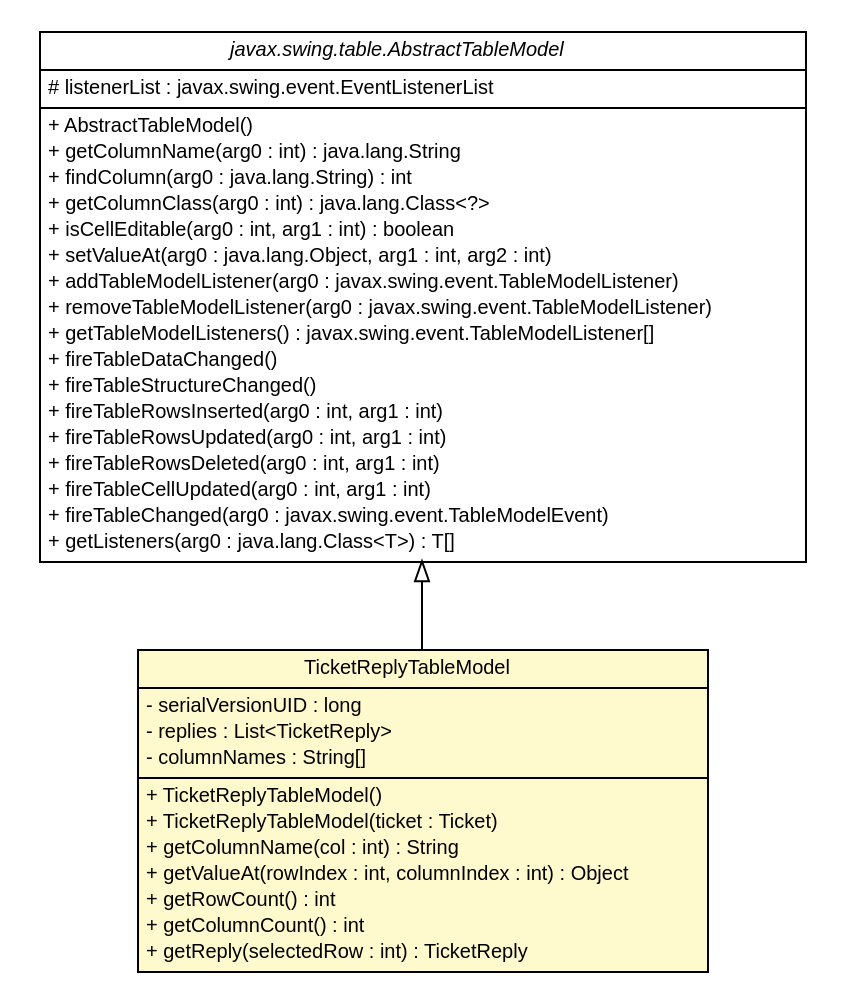
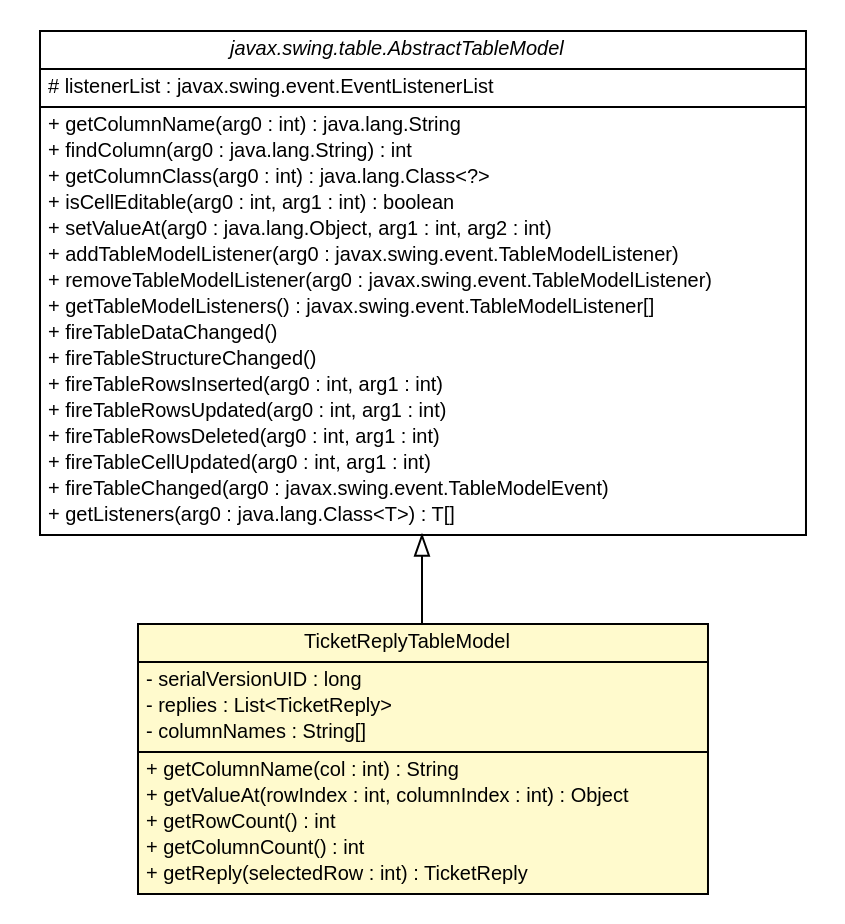
Before and after one commit to Dr4K4n/TroubleTicketManagement: the diagram in doc/de/articmodding/TroubleTicket/TicketReplyTableModel.dot, drawn with Graphviz. The commit also changed 58 other files, not shown here.

```diff
--- a/doc/de/articmodding/TroubleTicket/TicketReplyTableModel.dot
+++ b/doc/de/articmodding/TroubleTicket/TicketReplyTableModel.dot
@@ -1,62 +1,59 @@
 #!/usr/local/bin/dot
 #
 # Class diagram 
 # Generated by UMLGraph version 5.4 (http://www.umlgraph.org/)
 #
 
 digraph G {
 	edge [fontname="Helvetica",fontsize=10,labelfontname="Helvetica",labelfontsize=10];
 	node [fontname="Helvetica",fontsize=10,shape=plaintext];
 	nodesep=0.25;
 	ranksep=0.5;
 	// de.articmodding.TroubleTicket.TicketReplyTableModel
 	c97 [label=<<table title="de.articmodding.TroubleTicket.TicketReplyTableModel" border="0" cellborder="1" cellspacing="0" cellpadding="2" port="p" bgcolor="lemonChiffon" href="./TicketReplyTableModel.html">
 		<tr><td><table border="0" cellspacing="0" cellpadding="1">
 <tr><td align="center" balign="center"> TicketReplyTableModel </td></tr>
 		</table></td></tr>
 		<tr><td><table border="0" cellspacing="0" cellpadding="1">
 <tr><td align="left" balign="left"> - serialVersionUID : long </td></tr>
 <tr><td align="left" balign="left"> - replies : List&lt;TicketReply&gt; </td></tr>
 <tr><td align="left" balign="left"> - columnNames : String[] </td></tr>
 		</table></td></tr>
 		<tr><td><table border="0" cellspacing="0" cellpadding="1">
-<tr><td align="left" balign="left"> + TicketReplyTableModel() </td></tr>
-<tr><td align="left" balign="left"> + TicketReplyTableModel(ticket : Ticket) </td></tr>
 <tr><td align="left" balign="left"> + getColumnName(col : int) : String </td></tr>
 <tr><td align="left" balign="left"> + getValueAt(rowIndex : int, columnIndex : int) : Object </td></tr>
 <tr><td align="left" balign="left"> + getRowCount() : int </td></tr>
 <tr><td align="left" balign="left"> + getColumnCount() : int </td></tr>
 <tr><td align="left" balign="left"> + getReply(selectedRow : int) : TicketReply </td></tr>
 		</table></td></tr>
 		</table>>, URL="./TicketReplyTableModel.html", fontname="Helvetica", fontcolor="black", fontsize=10.0];
 	//de.articmodding.TroubleTicket.TicketReplyTableModel extends javax.swing.table.AbstractTableModel
 	c103:p -> c97:p [dir=back,arrowtail=empty];
 	// javax.swing.table.AbstractTableModel
 	c103 [label=<<table title="javax.swing.table.AbstractTableModel" border="0" cellborder="1" cellspacing="0" cellpadding="2" port="p" href="http://java.sun.com/j2se/1.4.2/docs/api/javax/swing/table/AbstractTableModel.html">
 		<tr><td><table border="0" cellspacing="0" cellpadding="1">
 <tr><td align="center" balign="center"><font face="Helvetica-Oblique"> javax.swing.table.AbstractTableModel </font></td></tr>
 		</table></td></tr>
 		<tr><td><table border="0" cellspacing="0" cellpadding="1">
 <tr><td align="left" balign="left"> # listenerList : javax.swing.event.EventListenerList </td></tr>
 		</table></td></tr>
 		<tr><td><table border="0" cellspacing="0" cellpadding="1">
-<tr><td align="left" balign="left"> + AbstractTableModel() </td></tr>
 <tr><td align="left" balign="left"> + getColumnName(arg0 : int) : java.lang.String </td></tr>
 <tr><td align="left" balign="left"> + findColumn(arg0 : java.lang.String) : int </td></tr>
 <tr><td align="left" balign="left"> + getColumnClass(arg0 : int) : java.lang.Class&lt;?&gt; </td></tr>
 <tr><td align="left" balign="left"> + isCellEditable(arg0 : int, arg1 : int) : boolean </td></tr>
 <tr><td align="left" balign="left"> + setValueAt(arg0 : java.lang.Object, arg1 : int, arg2 : int) </td></tr>
 <tr><td align="left" balign="left"> + addTableModelListener(arg0 : javax.swing.event.TableModelListener) </td></tr>
 <tr><td align="left" balign="left"> + removeTableModelListener(arg0 : javax.swing.event.TableModelListener) </td></tr>
 <tr><td align="left" balign="left"> + getTableModelListeners() : javax.swing.event.TableModelListener[] </td></tr>
 <tr><td align="left" balign="left"> + fireTableDataChanged() </td></tr>
 <tr><td align="left" balign="left"> + fireTableStructureChanged() </td></tr>
 <tr><td align="left" balign="left"> + fireTableRowsInserted(arg0 : int, arg1 : int) </td></tr>
 <tr><td align="left" balign="left"> + fireTableRowsUpdated(arg0 : int, arg1 : int) </td></tr>
 <tr><td align="left" balign="left"> + fireTableRowsDeleted(arg0 : int, arg1 : int) </td></tr>
 <tr><td align="left" balign="left"> + fireTableCellUpdated(arg0 : int, arg1 : int) </td></tr>
 <tr><td align="left" balign="left"> + fireTableChanged(arg0 : javax.swing.event.TableModelEvent) </td></tr>
 <tr><td align="left" balign="left"> + getListeners(arg0 : java.lang.Class&lt;T&gt;) : T[] </td></tr>
 		</table></td></tr>
 		</table>>, URL="http://java.sun.com/j2se/1.4.2/docs/api/javax/swing/table/AbstractTableModel.html", fontname="Helvetica", fontcolor="black", fontsize=10.0];
 }
```
